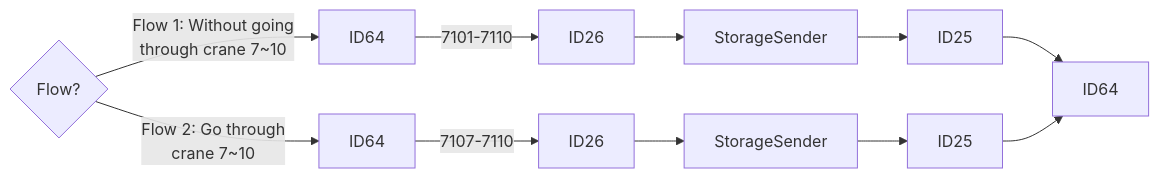
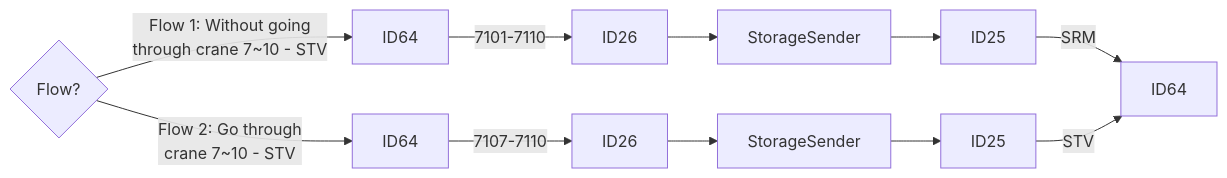
The second of 5 diagrams in Basic-Design/DFD-WMS/Storage/Palletizing-Settting/Batch-End.md (luthfiadityaa/SimeDarby-Wiki), drawn with Mermaid before and after one commit. The commit also changed other lines of this file, not shown here.

Commit message:
Updated Batch End

```diff
--- a/Basic-Design/DFD-WMS/Storage/Palletizing-Settting/Batch-End.md
+++ b/Basic-Design/DFD-WMS/Storage/Palletizing-Settting/Batch-End.md
@@ -18,13 +18,13 @@
 ::: mermaid
 flowchart LR
 
 Cond2{Flow?}
 
 Cond2 --> |Flow 1: Without going 
-through crane 7~10| P8[ID64]
+through crane 7~10 - STV| P8[ID64]
 Cond2 --> |Flow 2: Go through 
-crane 7~10| P9[ID64]
+crane 7~10 - STV| P9[ID64]
 
-P8[ID64]--> |7101-7110| P10[ID26]-->P11[StorageSender]-->P12[ID25]-->P18[ID64]
-P9[ID64]--> |7107-7110| P15[ID26]-->P16[StorageSender]-->P17[ID25]-->P18[ID64]
+P8[ID64]--> |7101-7110| P10[ID26]-->P11[StorageSender]-->P12[ID25]--> |SRM| P18[ID64]
+P9[ID64]--> |7107-7110| P15[ID26]-->P16[StorageSender]-->P17[ID25]--> |STV|P18[ID64]
 :::
```
